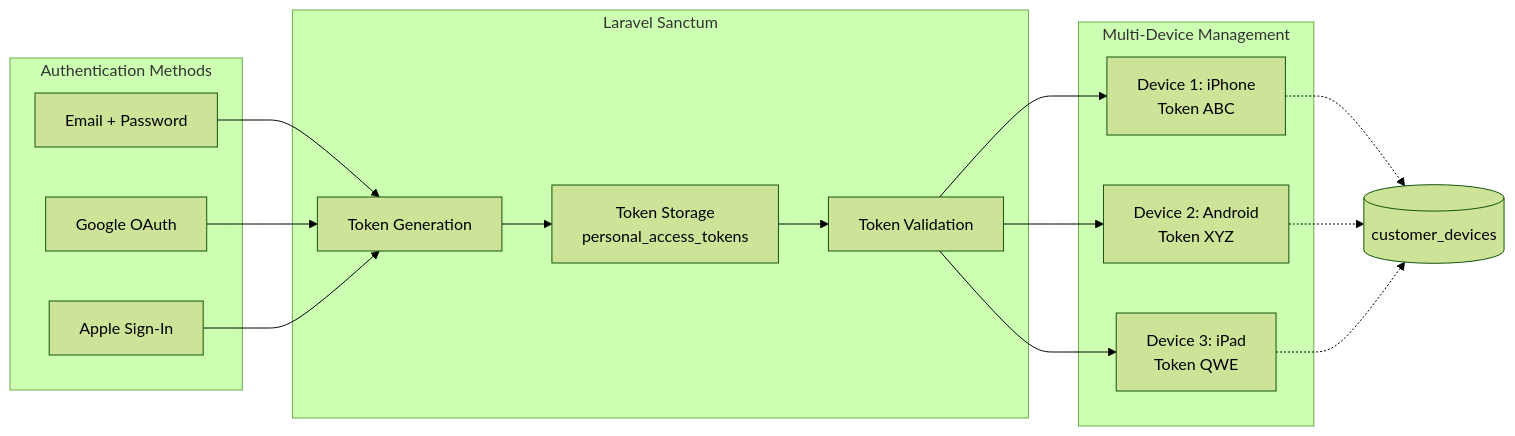
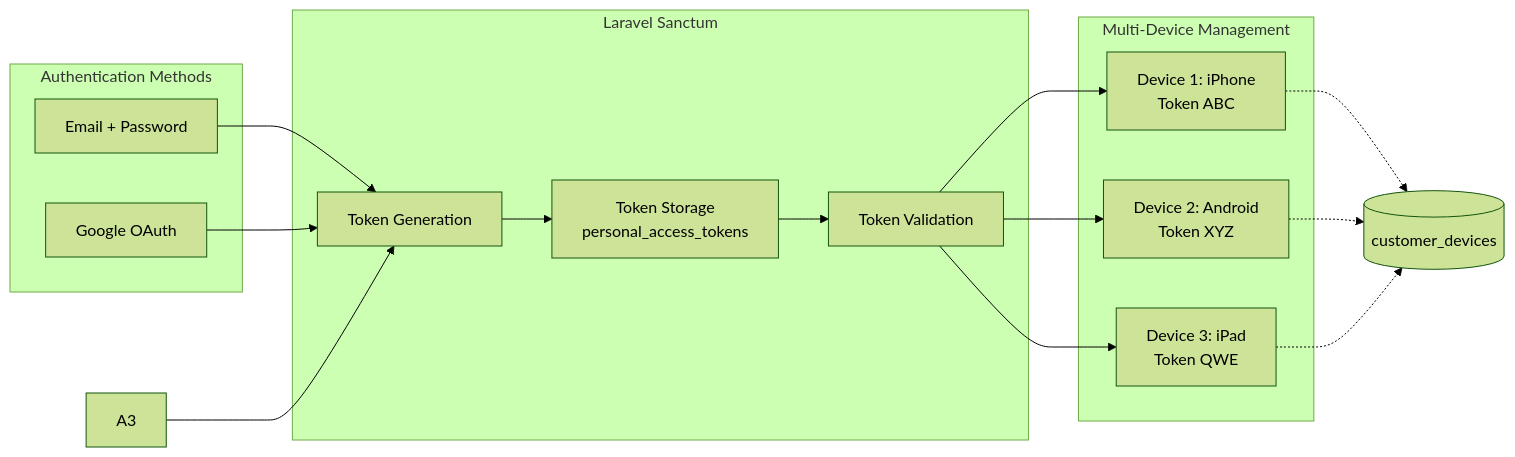
The third of 9 diagrams in docs/ARCHITECTURE.md (Diego-Landony/AdminPanel), drawn with Mermaid (forest theme) before and after one commit. The commit also changed other lines of this file and 21 other files, not shown here.

````diff
--- a/docs/ARCHITECTURE.md
+++ b/docs/ARCHITECTURE.md
@@ -162,35 +161,34 @@
 ```mermaid
 graph LR
     subgraph "Authentication Methods"
         A1[Email + Password]
         A2[Google OAuth]
-        A3[Apple Sign-In]
     end
 
     subgraph "Laravel Sanctum"
         B1[Token Generation]
         B2[Token Storage<br/>personal_access_tokens]
         B3[Token Validation]
     end
 
     subgraph "Multi-Device Management"
         C1[Device 1: iPhone<br/>Token ABC]
         C2[Device 2: Android<br/>Token XYZ]
         C3[Device 3: iPad<br/>Token QWE]
     end
 
     A1 --> B1
     A2 --> B1
     A3 --> B1
 
     B1 --> B2
     B2 --> B3
 
     B3 --> C1
     B3 --> C2
     B3 --> C3
 
     C1 -.-> D1[(customer_devices)]
     C2 -.-> D1
     C3 -.-> D1
 ```
````
